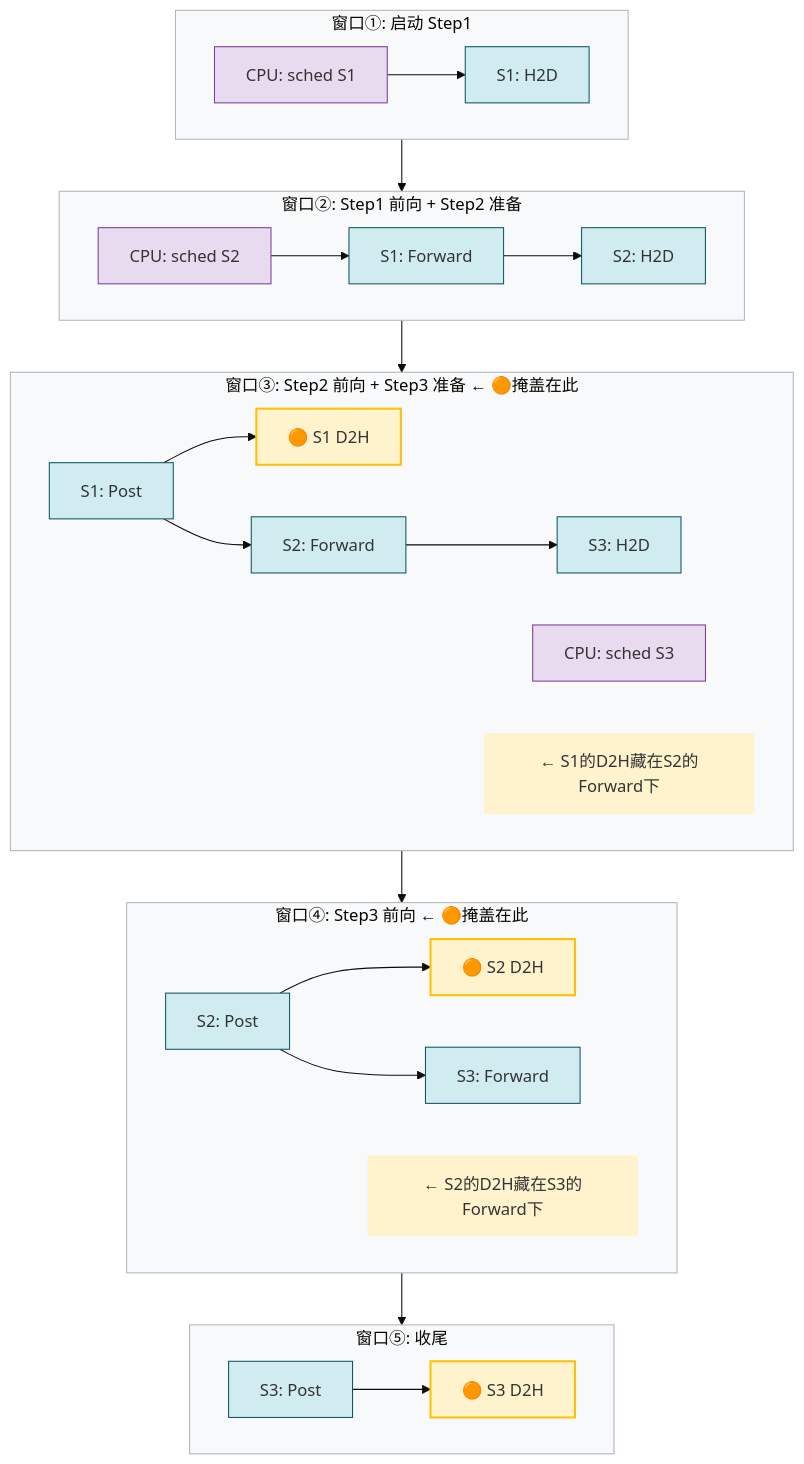
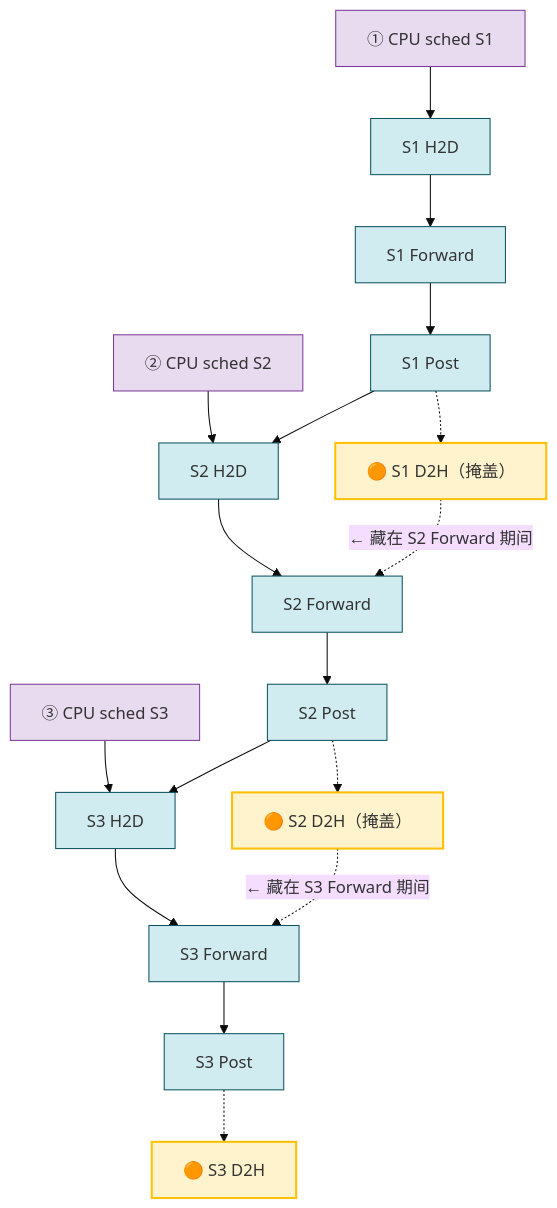
Before and after one commit to keyuanweb/ai-learning-path: the first of 13 diagrams in vllm-learning-path/03-调度与KV缓存/09-GPU执行并行流水线图解.md, drawn with Mermaid (base theme). The commit also changed other lines of this file, not shown here.

Commit message:
fix: 流水时间线图改为无嵌套纯节点写法，解决渲染空白
移除所有嵌套subgraph和节点内style指令，改为单一flowchart TB：
- 蓝色节点（实线链）= GPU计算主线，3个Step首尾相连
- 橙色节点（虚线旁支）= D2H数据加载
- 虚线箭头标注'← 藏在S2 Forward期间'直观展示掩盖关系
纯节点+箭头+style写法兼容所有Mermaid渲染器

````diff
--- a/vllm-learning-path/03-调度与KV缓存/09-GPU执行并行流水线图解.md
+++ b/vllm-learning-path/03-调度与KV缓存/09-GPU执行并行流水线图解.md
@@ -21,64 +21,51 @@
 ```mermaid
 flowchart TB
-    subgraph T1["窗口①: 启动 Step1"]
-        direction LR
-        T1_cpu["CPU: sched S1"] --> T1_s1["S1: H2D"]
-    end
+    cpu1["① CPU sched S1"]
+    cpu2["② CPU sched S2"]
+    cpu3["③ CPU sched S3"]
 
-    T1 --> T2
+    s1_h2d["S1 H2D"]
+    s1_fwd["S1 Forward"]
+    s1_post["S1 Post"]
+    s1_load["🟠 S1 D2H（掩盖）"]
 
-    subgraph T2["窗口②: Step1 前向 + Step2 准备"]
-        direction LR
-        T2_cpu["CPU: sched S2"] --> T2_s1["S1: Forward"] --> T2_s2["S2: H2D"]
-    end
+    s2_h2d["S2 H2D"]
+    s2_fwd["S2 Forward"]
+    s2_post["S2 Post"]
+    s2_load["🟠 S2 D2H（掩盖）"]
 
-    T2 --> T3
+    s3_h2d["S3 H2D"]
+    s3_fwd["S3 Forward"]
+    s3_post["S3 Post"]
+    s3_load["🟠 S3 D2H"]
 
-    subgraph T3["窗口③: Step2 前向 + Step3 准备  ← 🟠掩盖在此"]
-        direction LR
-        T3_s1["S1: Post"] --> T3_LOAD["🟠 S1 D2H"]
-        T3_s1 --> T3_s2["S2: Forward"]
-        T3_s2 --> T3_s3["S3: H2D"]
-        T3_cpu["CPU: sched S3"]
-        T3_note["← S1的D2H藏在S2的Forward下"]
-    end
+    cpu1 --> s1_h2d
+    cpu2 --> s2_h2d
+    cpu3 --> s3_h2d
 
-    T3 --> T4
+    s1_h2d --> s1_fwd --> s1_post
+    s1_post --> s2_h2d --> s2_fwd --> s2_post
+    s2_post --> s3_h2d --> s3_fwd --> s3_post
 
-    subgraph T4["窗口④: Step3 前向  ← 🟠掩盖在此"]
-        direction LR
-        T4_s2["S2: Post"] --> T4_LOAD["🟠 S2 D2H"]
-        T4_s2 --> T4_s3["S3: Forward"]
-        T4_note["← S2的D2H藏在S3的Forward下"]
-    end
+    s1_post -.-> s1_load
+    s1_load -.->|"← 藏在 S2 Forward 期间"| s2_fwd
+    s2_post -.-> s2_load
+    s2_load -.->|"← 藏在 S3 Forward 期间"| s3_fwd
+    s3_post -.-> s3_load
 
-    T4 --> T5
-
-    subgraph T5["窗口⑤: 收尾"]
-        direction LR
-        T5_s3["S3: Post"] --> T5_LOAD["🟠 S3 D2H"]
-    end
-
-    style T1 fill:#f8f9fa,stroke:#adb5bd
-    style T2 fill:#f8f9fa,stroke:#adb5bd
-    style T3 fill:#f8f9fa,stroke:#adb5bd
-    style T4 fill:#f8f9fa,stroke:#adb5bd
-    style T5 fill:#f8f9fa,stroke:#adb5bd
-    style T1_cpu fill:#e8daef,stroke:#7d3c98
-    style T2_cpu fill:#e8daef,stroke:#7d3c98
-    style T3_cpu fill:#e8daef,stroke:#7d3c98
-    style T1_s1 fill:#d1ecf1,stroke:#0c5460
-    style T2_s1 fill:#d1ecf1,stroke:#0c5460
-    style T3_s1 fill:#d1ecf1,stroke:#0c5460
-    style T2_s2 fill:#d1ecf1,stroke:#0c5460
-    style T3_s2 fill:#d1ecf1,stroke:#0c5460
-    style T4_s2 fill:#d1ecf1,stroke:#0c5460
-    style T3_s3 fill:#d1ecf1,stroke:#0c5460
-    style T4_s3 fill:#d1ecf1,stroke:#0c5460
-    style T5_s3 fill:#d1ecf1,stroke:#0c5460
-    style T3_LOAD fill:#fff3cd,stroke:#ffc107,stroke-width:2px
-    style T4_LOAD fill:#fff3cd,stroke:#ffc107,stroke-width:2px
-    style T5_LOAD fill:#fff3cd,stroke:#ffc107,stroke-width:2px
-    style T3_note fill:#fff3cd,stroke:none
-    style T4_note fill:#fff3cd,stroke:none
+    style cpu1 fill:#e8daef,stroke:#7d3c98
+    style cpu2 fill:#e8daef,stroke:#7d3c98
+    style cpu3 fill:#e8daef,stroke:#7d3c98
+    style s1_h2d fill:#d1ecf1,stroke:#0c5460
+    style s1_fwd fill:#d1ecf1,stroke:#0c5460
+    style s1_post fill:#d1ecf1,stroke:#0c5460
+    style s2_h2d fill:#d1ecf1,stroke:#0c5460
+    style s2_fwd fill:#d1ecf1,stroke:#0c5460
+    style s2_post fill:#d1ecf1,stroke:#0c5460
+    style s3_h2d fill:#d1ecf1,stroke:#0c5460
+    style s3_fwd fill:#d1ecf1,stroke:#0c5460
+    style s3_post fill:#d1ecf1,stroke:#0c5460
+    style s1_load fill:#fff3cd,stroke:#ffc107,stroke-width:2px
+    style s2_load fill:#fff3cd,stroke:#ffc107,stroke-width:2px
+    style s3_load fill:#fff3cd,stroke:#ffc107,stroke-width:2px
 ```
````
